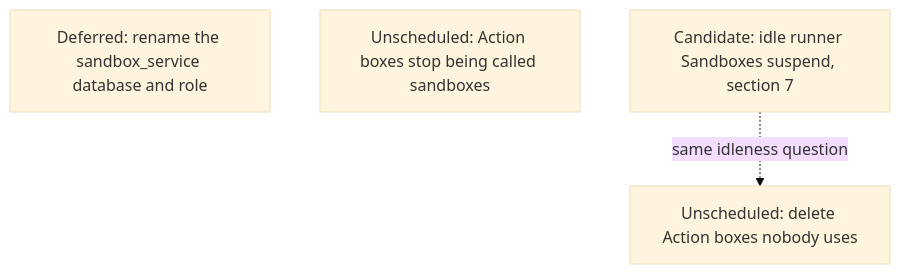
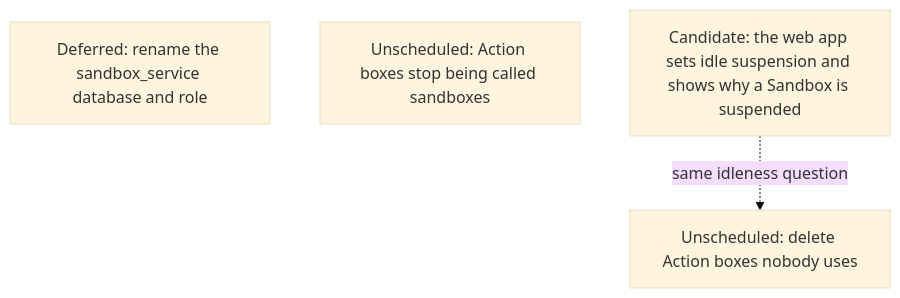
Diagram 12 of 16 in agentplane/plans/task_dag.md (agentydragon-agent/ducktape), drawn with Mermaid (base theme) before and after one commit. The commit also changed other lines of this file and 15 other files, not shown here.

First line of the commit message:
feat(agentplane): suspend an idle Sandbox and record why every Sandbox is suspended (#10820)

````diff
--- a/agentplane/plans/task_dag.md
+++ b/agentplane/plans/task_dag.md
@@ -1342,7 +1335,7 @@
 ```mermaid
 flowchart TD
     HISTORY_DATABASE_RENAME[Deferred: rename the sandbox_service database and role]
     ACTION_BOX_RENAME[Unscheduled: Action boxes stop being called sandboxes]
     ACTION_BOX_IDLE_REAPER[Unscheduled: delete Action boxes nobody uses]
-    SANDBOX_IDLE_EXPIRY[Candidate: idle runner Sandboxes suspend, section 7] -. same idleness question .-> ACTION_BOX_IDLE_REAPER
+    SANDBOX_IDLE_EXPIRY[Candidate: the web app sets idle suspension and shows why a Sandbox is suspended] -. same idleness question .-> ACTION_BOX_IDLE_REAPER
 ```
````
